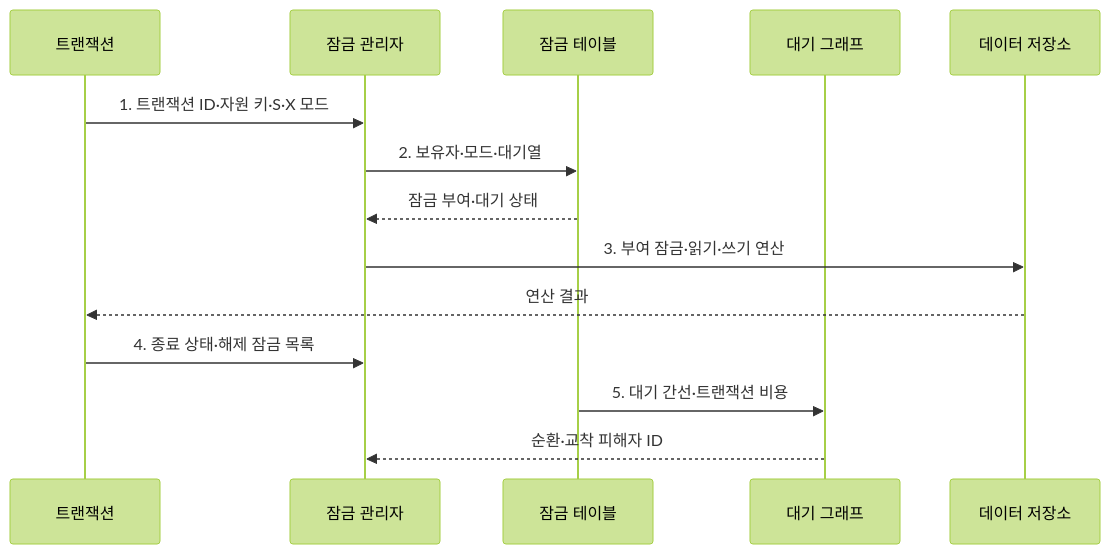
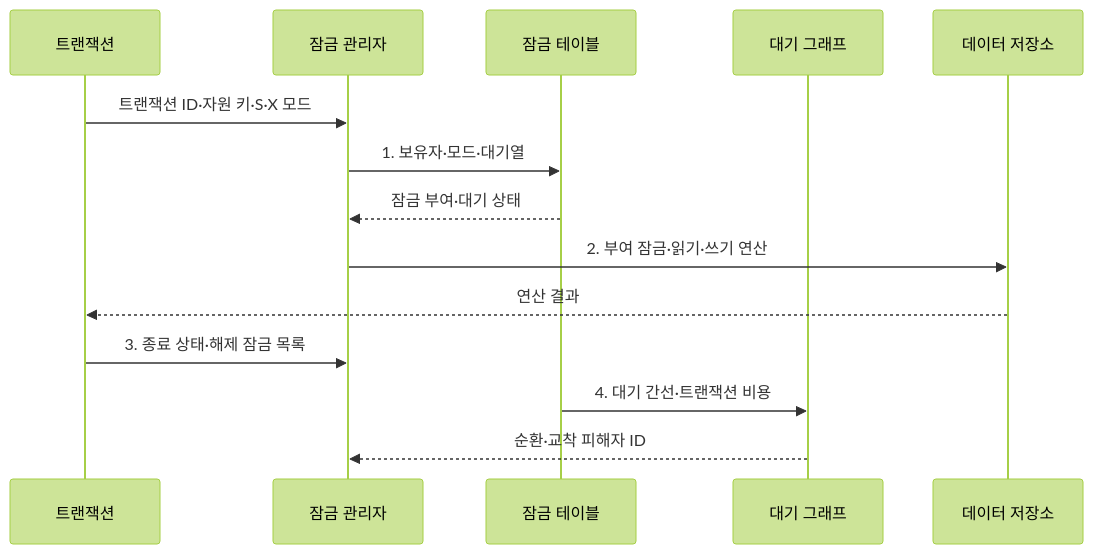
The second of 2 diagrams in src/content/docs/notes/03-software/088_two_phase_locking.md (agnusdei1207/knowledge-base), drawn with Mermaid (forest theme) before and after one commit. The commit also changed other lines of this file and 12 other files, not shown here.

````diff
--- a/src/content/docs/notes/03-software/088_two_phase_locking.md
+++ b/src/content/docs/notes/03-software/088_two_phase_locking.md
@@ -88,16 +88,16 @@
 ```mermaid
 sequenceDiagram
     participant T as 트랜잭션
     participant L as 잠금 관리자
     participant B as 잠금 테이블
     participant W as 대기 그래프
     participant D as 데이터 저장소
-    T->>L: 1. 트랜잭션 ID·자원 키·S·X 모드
-    L->>B: 2. 보유자·모드·대기열
+    T->>L: 트랜잭션 ID·자원 키·S·X 모드
+    L->>B: 1. 보유자·모드·대기열
     B-->>L: 잠금 부여·대기 상태
-    L->>D: 3. 부여 잠금·읽기·쓰기 연산
+    L->>D: 2. 부여 잠금·읽기·쓰기 연산
     D-->>T: 연산 결과
-    T->>L: 4. 종료 상태·해제 잠금 목록
-    B->>W: 5. 대기 간선·트랜잭션 비용
+    T->>L: 3. 종료 상태·해제 잠금 목록
+    B->>W: 4. 대기 간선·트랜잭션 비용
     W-->>L: 순환·교착 피해자 ID
 ```
````
